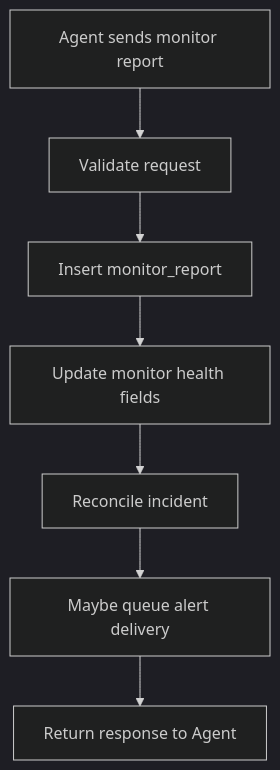
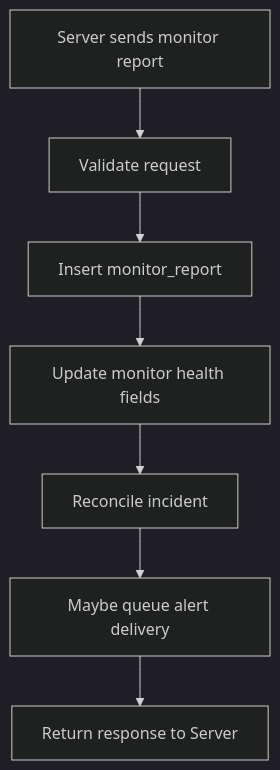
One commit to sunday-studio/orion changed the second of 8 diagrams in docs/architecture/performance-observability.md. Above: the diagram before and after it, drawn with Mermaid (dark theme). The commit also changed other lines of this file and 223 other files, not shown here.

````diff
--- a/docs/architecture/performance-observability.md
+++ b/docs/architecture/performance-observability.md
@@ -27,9 +27,9 @@
 ```mermaid
 flowchart TD
-  A["Agent sends monitor report"] --> B["Validate request"]
+  A["Server sends monitor report"] --> B["Validate request"]
   B --> C["Insert monitor_report"]
   C --> D["Update monitor health fields"]
   D --> E["Reconcile incident"]
   E --> F["Maybe queue alert delivery"]
-  F --> G["Return response to Agent"]
+  F --> G["Return response to Server"]
 ```
````
